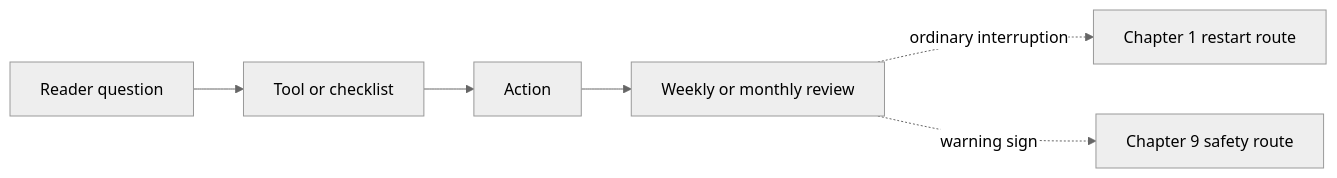
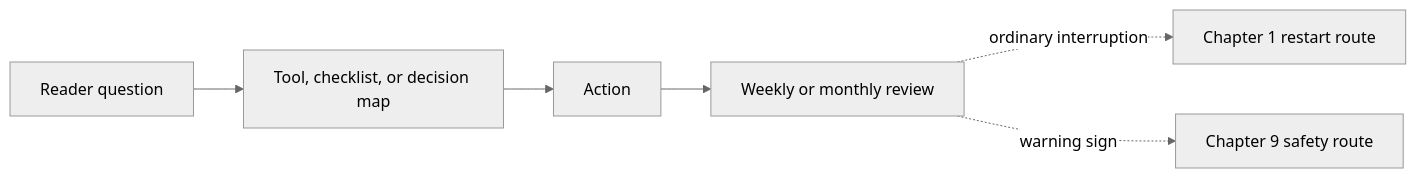
The first of 3 diagrams in book/appendices/AGENTS.md (streamentry/streamentry), drawn with Mermaid (neutral theme) before and after one commit. The commit also changed other lines of this file and 21 other files, not shown here.

Commit message:
Add a one-page practice decision map

````diff
--- a/book/appendices/AGENTS.md
+++ b/book/appendices/AGENTS.md
@@ -27,6 +28,6 @@
 ```mermaid
 flowchart LR
-  Q["Reader question"] --> T["Tool or checklist"] --> A["Action"] --> R["Weekly or monthly review"]
+  Q["Reader question"] --> T["Tool, checklist, or decision map"] --> A["Action"] --> R["Weekly or monthly review"]
   R -. "ordinary interruption" .-> S["Chapter 1 restart route"]
   R -. "warning sign" .-> C["Chapter 9 safety route"]
 ```
````
